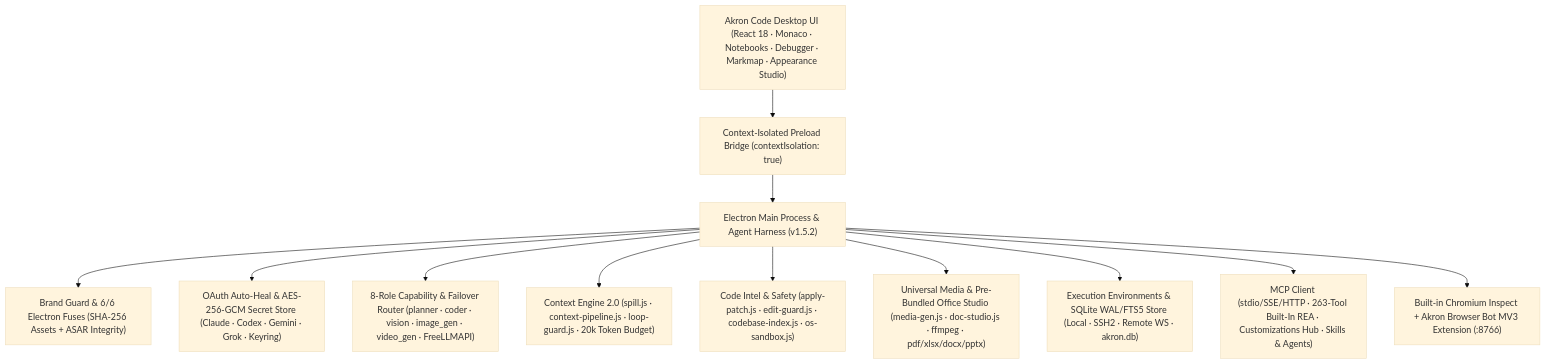
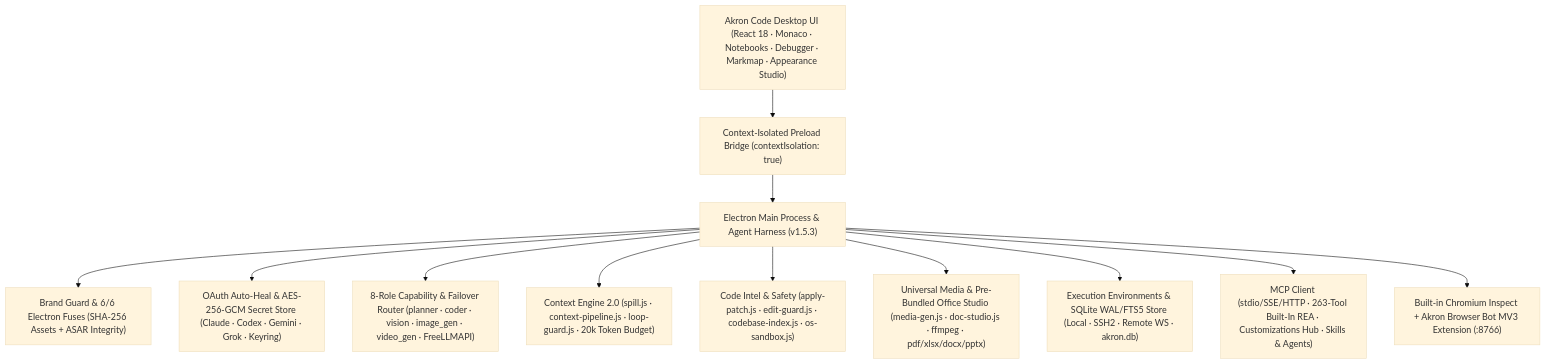
Before and after one commit to faysaliteng/akron-code: the second of 3 diagrams in README.md, drawn with Mermaid (base theme). The commit also changed other lines of this file and 17 other files, not shown here.

````diff
--- a/README.md
+++ b/README.md
@@ -145,15 +145,15 @@
 ```mermaid
 flowchart TD
   UI["Akron Code Desktop UI (React 18 · Monaco · Notebooks · Debugger · Markmap · Appearance Studio)"] --> Preload["Context-Isolated Preload Bridge (contextIsolation: true)"]
-  Preload --> Main["Electron Main Process & Agent Harness (v1.5.2)"]
+  Preload --> Main["Electron Main Process & Agent Harness (v1.5.3)"]
 
   Main --> Brand["Brand Guard & 6/6 Electron Fuses (SHA-256 Assets + ASAR Integrity)"]
   Main --> Auth["OAuth Auto-Heal & AES-256-GCM Secret Store (Claude · Codex · Gemini · Grok · Keyring)"]
   Main --> Router["8-Role Capability & Failover Router (planner · coder · vision · image_gen · video_gen · FreeLLMAPI)"]
   Main --> Context["Context Engine 2.0 (spill.js · context-pipeline.js · loop-guard.js · 20k Token Budget)"]
   Main --> Intel["Code Intel & Safety (apply-patch.js · edit-guard.js · codebase-index.js · os-sandbox.js)"]
   Main --> Studio["Universal Media & Pre-Bundled Office Studio (media-gen.js · doc-studio.js · ffmpeg · pdf/xlsx/docx/pptx)"]
   Main --> Envs["Execution Environments & SQLite WAL/FTS5 Store (Local · SSH2 · Remote WS · akron.db)"]
   Main --> Ext["MCP Client (stdio/SSE/HTTP · 263-Tool Built-In REA · Customizations Hub · Skills & Agents)"]
   Main --> Bridge["Built-in Chromium Inspect + Akron Browser Bot MV3 Extension (:8766)"]
 ```
````
